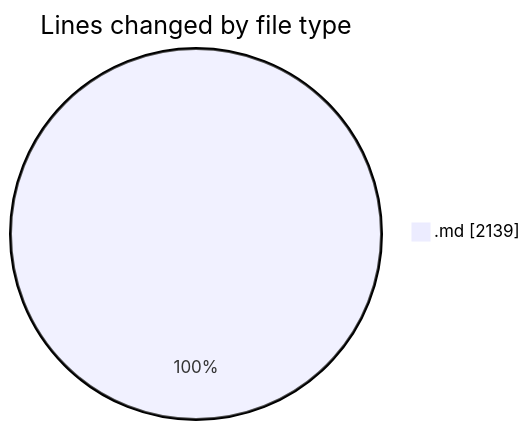
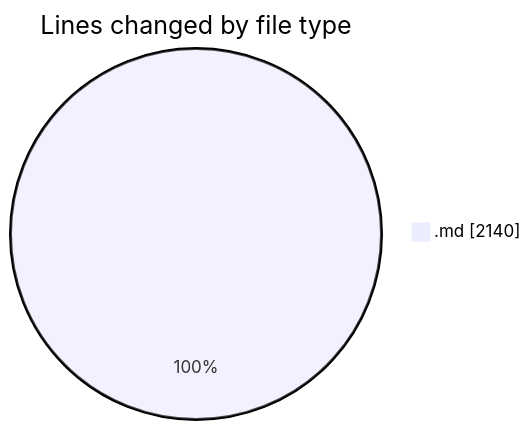
The first of 2 diagrams in 2025-07-09/urlwebwala_intership_work/README.md (Ritupan-Deka/code-tracking), drawn with Mermaid before and after one commit. The commit also changed other lines of this file and 1 other file, not shown here.

````diff
--- a/2025-07-09/urlwebwala_intership_work/README.md
+++ b/2025-07-09/urlwebwala_intership_work/README.md
@@ -20,5 +20,5 @@
 ```mermaid
 pie showData
 title Lines changed by file type
-".md" : 2139
+".md" : 2140
 ```
````
